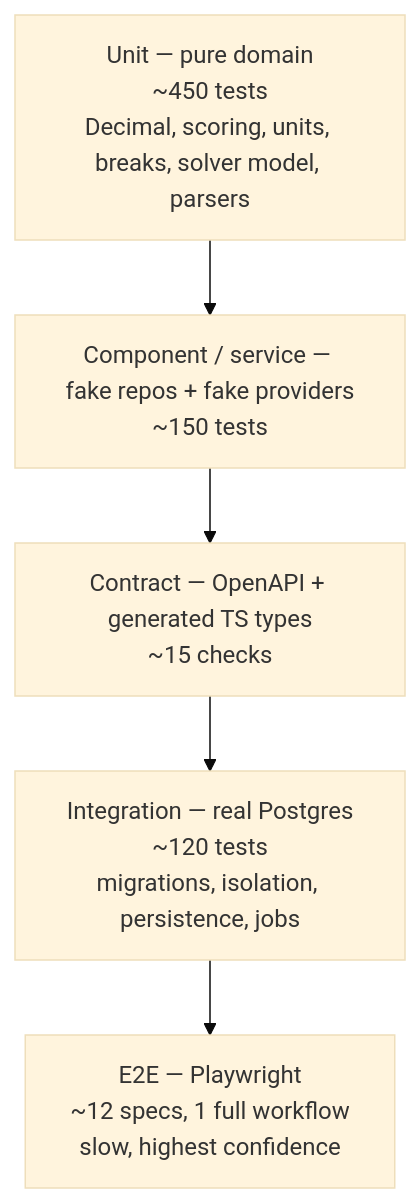
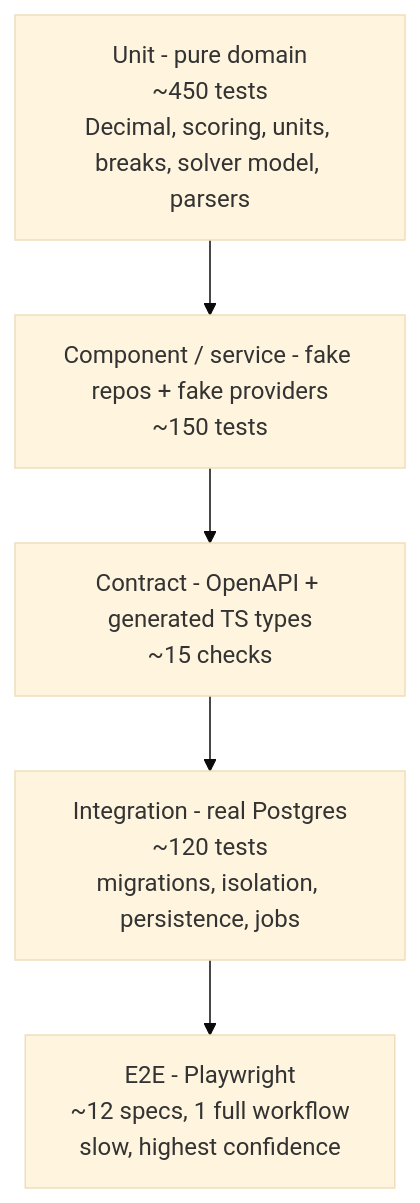
Before and after one commit to jonathanlan08/procurement-optimizer: the diagram in docs/planning/08-test-strategy.md, drawn with Mermaid (base theme). The commit also changed other lines of this file and 302 other files, not shown here.

````diff
--- a/docs/planning/08-test-strategy.md
+++ b/docs/planning/08-test-strategy.md
@@ -10,9 +10,9 @@
 ```mermaid
 flowchart TB
-  E2E["E2E — Playwright<br/>~12 specs, 1 full workflow<br/>slow, highest confidence"]
-  INT["Integration — real Postgres<br/>~120 tests<br/>migrations, isolation, persistence, jobs"]
-  CON["Contract — OpenAPI + generated TS types<br/>~15 checks"]
-  CMP["Component / service — fake repos + fake providers<br/>~150 tests"]
-  UNIT["Unit — pure domain<br/>~450 tests<br/>Decimal, scoring, units, breaks, solver model, parsers"]
+  E2E["E2E - Playwright<br/>~12 specs, 1 full workflow<br/>slow, highest confidence"]
+  INT["Integration - real Postgres<br/>~120 tests<br/>migrations, isolation, persistence, jobs"]
+  CON["Contract - OpenAPI + generated TS types<br/>~15 checks"]
+  CMP["Component / service - fake repos + fake providers<br/>~150 tests"]
+  UNIT["Unit - pure domain<br/>~450 tests<br/>Decimal, scoring, units, breaks, solver model, parsers"]
   UNIT --> CMP --> CON --> INT --> E2E
 ```
````
